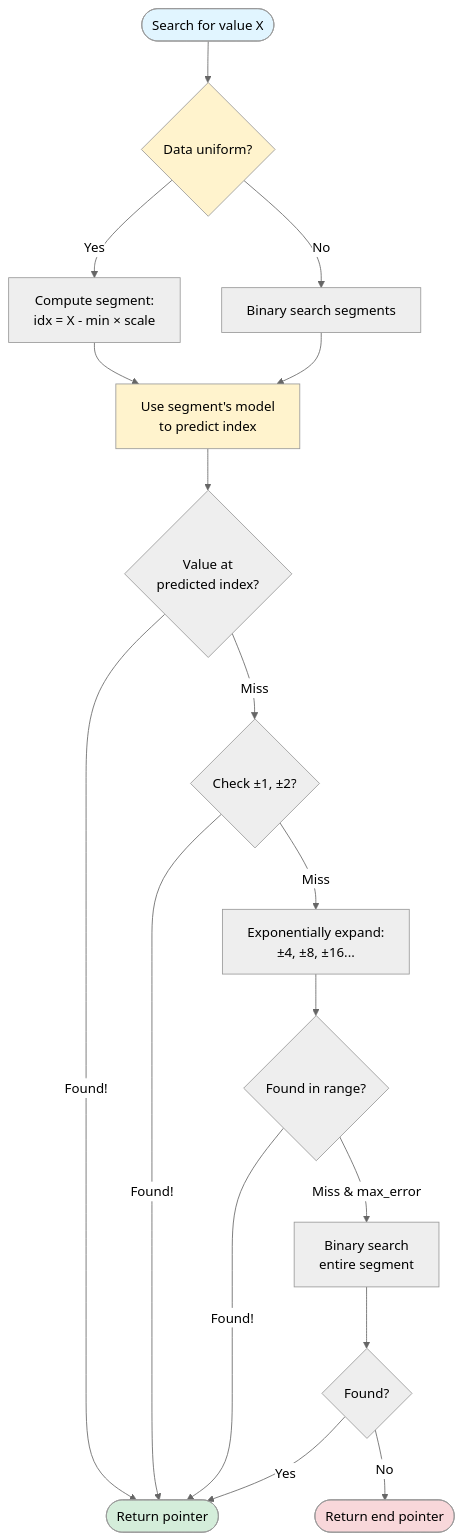
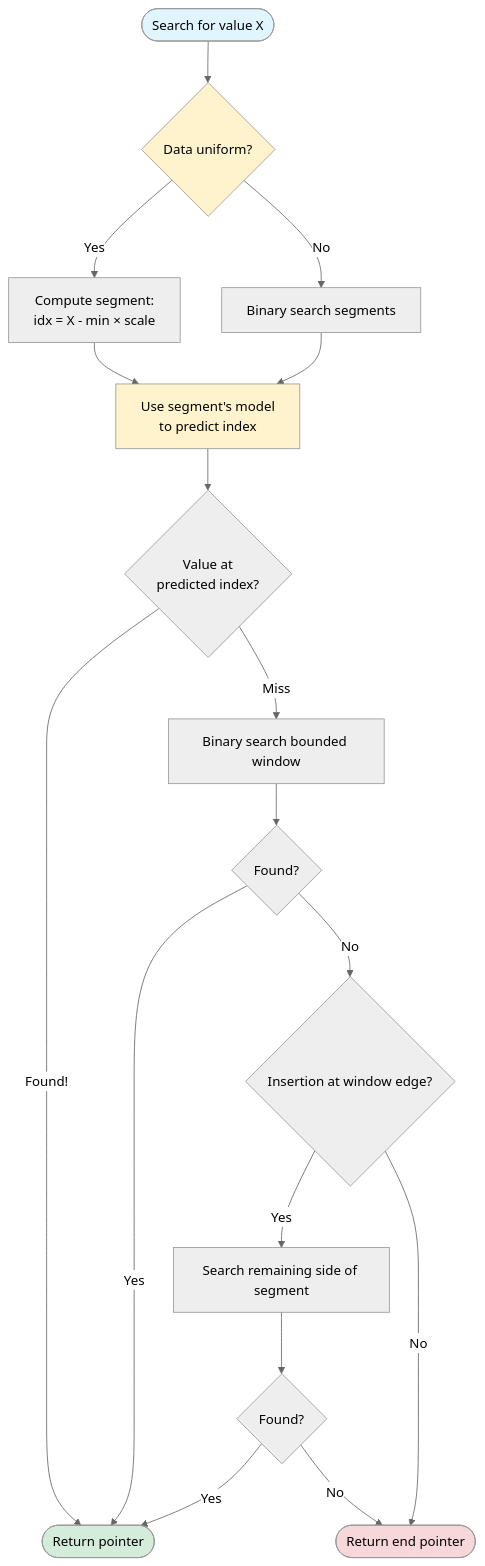
Before and after one commit to mattyv/JazzyIndex: the second of 2 diagrams in README.md, drawn with Mermaid (neutral theme). The commit also changed other lines of this file and 34 other files, not shown here.

````diff
--- a/README.md
+++ b/README.md
@@ -141,31 +140,28 @@
 ```mermaid
 flowchart TD
     Start([Search for value X]) --> Uniform{Data uniform?}
 
     Uniform -->|Yes| ArithSeg[Compute segment: <br/>idx = X - min × scale]
     Uniform -->|No| BinSeg[Binary search segments]
 
     ArithSeg --> Predict
     BinSeg --> Predict[Use segment's model<br/>to predict index]
 
     Predict --> Check1{Value at<br/>predicted index?}
     Check1 -->|Found!| Success([Return pointer])
-    Check1 -->|Miss| Check2{Check ±1, ±2?}
-
-    Check2 -->|Found!| Success
-    Check2 -->|Miss| Expand[Exponentially expand:<br/>±4, ±8, ±16...]
-
-    Expand --> Check3{Found in range?}
-    Check3 -->|Found!| Success
-    Check3 -->|Miss & max_error| Fallback[Binary search<br/>entire segment]
-
+    Check1 -->|Miss| Window[Binary search bounded window]
+    Window --> Check2{Found?}
+    Check2 -->|Yes| Success
+    Check2 -->|No| Edge{Insertion at window edge?}
+    Edge -->|Yes| Fallback[Search remaining side of segment]
+    Edge -->|No| NotFound([Return end pointer])
     Fallback --> Final{Found?}
     Final -->|Yes| Success
-    Final -->|No| NotFound([Return end pointer])
+    Final -->|No| NotFound
 
     style Start fill:#e1f5ff
     style Success fill:#d4edda
     style NotFound fill:#f8d7da
     style Predict fill:#fff3cd
     style Uniform fill:#fff3cd
 ```
````
